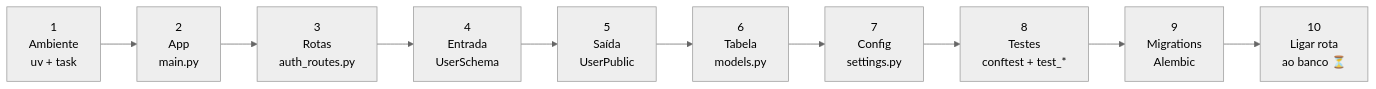
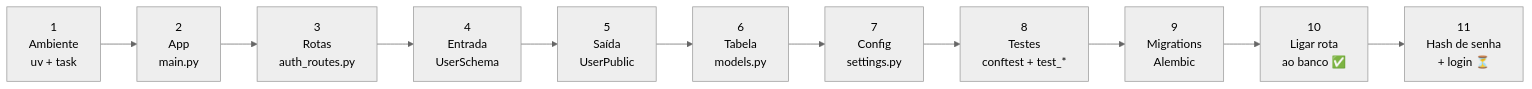
Before and after one commit to ViniciosMSantos/backend: the first of 4 diagrams in docs/resumo-estudos.md, drawn with Mermaid (neutral theme). The commit also changed other lines of this file and 6 other files, not shown here.

````diff
--- a/docs/resumo-estudos.md
+++ b/docs/resumo-estudos.md
@@ -59,12 +64,13 @@
 ```mermaid
 graph LR
     P1["1<br/>Ambiente<br/>uv + task"] --> P2["2<br/>App<br/>main.py"]
     P2 --> P3["3<br/>Rotas<br/>auth_routes.py"]
     P3 --> P4["4<br/>Entrada<br/>UserSchema"]
     P4 --> P5["5<br/>Saída<br/>UserPublic"]
     P5 --> P6["6<br/>Tabela<br/>models.py"]
     P6 --> P7["7<br/>Config<br/>settings.py"]
     P7 --> P8["8<br/>Testes<br/>conftest + test_*"]
     P8 --> P9["9<br/>Migrations<br/>Alembic"]
-    P9 --> P10["10<br/>Ligar rota<br/>ao banco ⏳"]
+    P9 --> P10["10<br/>Ligar rota<br/>ao banco ✅"]
+    P10 --> P11["11<br/>Hash de senha<br/>+ login ⏳"]
 ```
````
